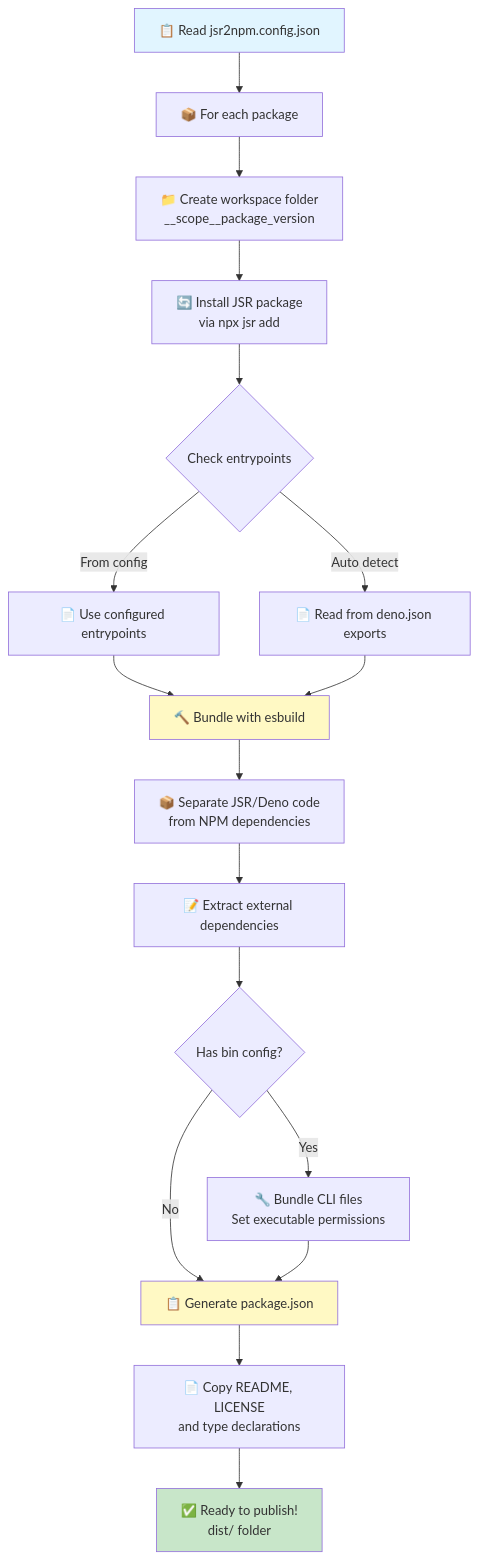
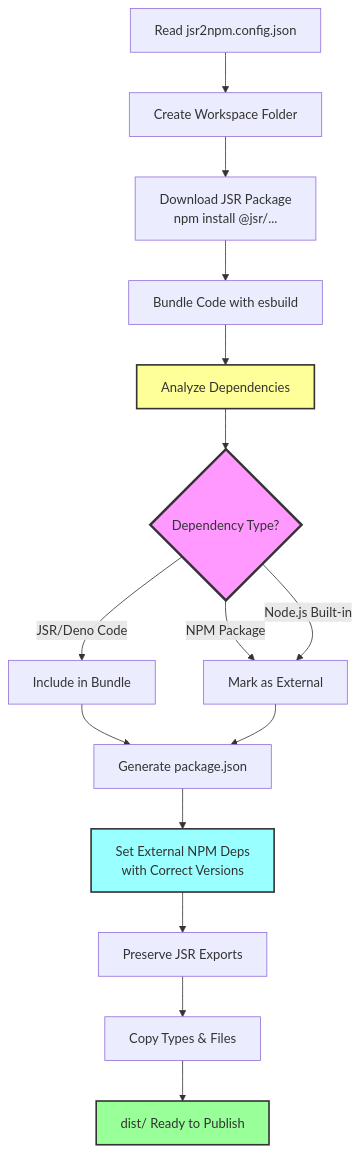
One commit to yaonyan/jsr2npm changed the diagram in README.md. Above: the diagram before and after it, drawn with Mermaid. The commit also changed other lines of this file and 7 other files, not shown here.

Commit message:
feat: enhance CLI tool support with bin command configuration and update documentation

````diff
--- a/README.md
+++ b/README.md
@@ -81,24 +98,22 @@
 ```mermaid
-flowchart TD
-    A[📋 Read jsr2npm.config.json] --> B[📦 For each package]
-    B --> C[📁 Create workspace folder<br/>__scope__package_version]
-    C --> D[🔄 Install JSR package<br/>via npx jsr add]
-    D --> E{Check entrypoints}
-    E -->|From config| F[📄 Use configured entrypoints]
-    E -->|Auto detect| G[📄 Read from deno.json exports]
-    F --> H[🔨 Bundle with esbuild]
-    G --> H
-    H --> I[📦 Separate JSR/Deno code<br/>from NPM dependencies]
-    I --> J[📝 Extract external dependencies]
-    J --> K{Has bin config?}
-    K -->|Yes| L[🔧 Bundle CLI files<br/>Set executable permissions]
-    K -->|No| M[📋 Generate package.json]
-    L --> M
-    M --> N[📄 Copy README, LICENSE<br/>and type declarations]
-    N --> O[✅ Ready to publish!<br/>dist/ folder]
+graph TD
+    A[Read jsr2npm.config.json] --> B[Create Workspace Folder]
+    B --> C[Download JSR Package<br/>npm install @jsr/...]
+    C --> D[Bundle Code with esbuild]
+    D --> E[Analyze Dependencies]
+    E --> F{Dependency Type?}
+    F -->|JSR/Deno Code| G[Include in Bundle]
+    F -->|NPM Package| H[Mark as External]
+    F -->|Node.js Built-in| H
+    G --> I[Generate package.json]
+    H --> I
+    I --> J[Set External NPM Deps<br/>with Correct Versions]
+    J --> K[Preserve JSR Exports]
+    K --> L[Copy Types & Files]
+    L --> M[dist/ Ready to Publish]
     
-    style A fill:#e1f5ff
-    style O fill:#c8e6c9
-    style H fill:#fff9c4
-    style M fill:#fff9c4
+    style E fill:#ff9,stroke:#333,stroke-width:2px
+    style F fill:#f9f,stroke:#333,stroke-width:3px
+    style J fill:#9ff,stroke:#333,stroke-width:2px
+    style M fill:#9f9,stroke:#333,stroke-width:2px
 ```
````
